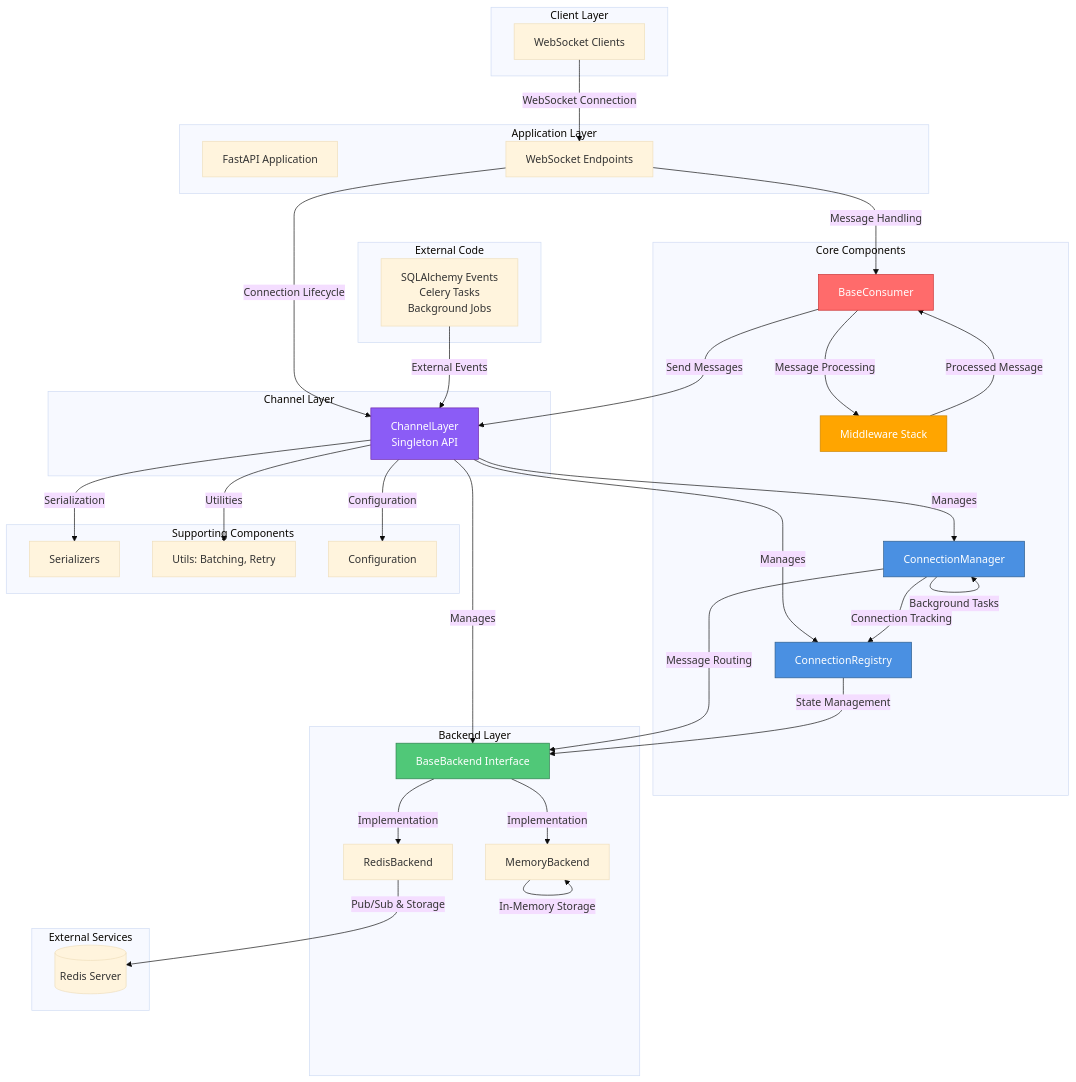
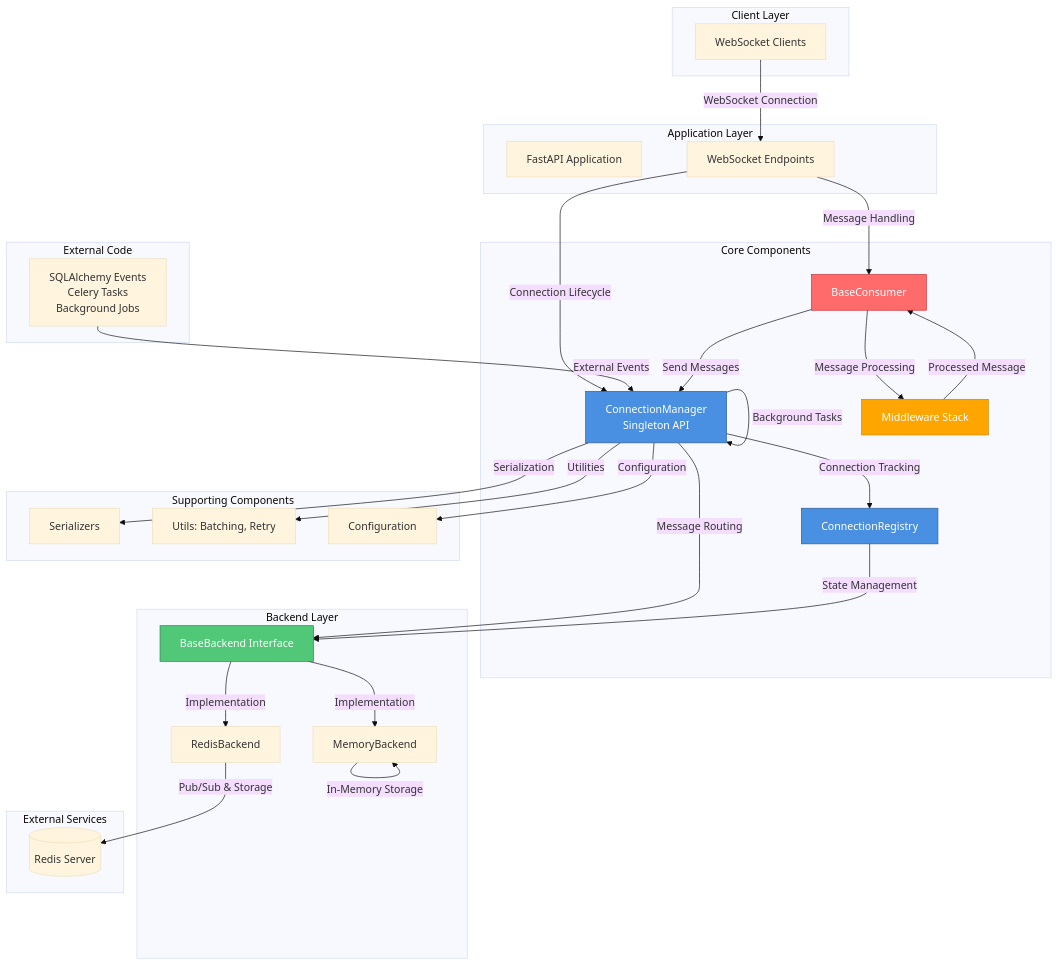
One commit to K-RED90/fastapi-channels changed the first of 3 diagrams in README.md. Above: the diagram before and after it, drawn with Mermaid (base theme). The commit also changed other lines of this file and 12 other files, not shown here.

First line of the commit message:
refactor: replace ChannelLayer with ConnectionManager and update related documentation

````diff
--- a/README.md
+++ b/README.md
@@ -22,77 +22,68 @@
 ```mermaid
 graph TB
     subgraph "Client Layer"
         WS[WebSocket Clients]
     end
 
     subgraph "Application Layer"
         APP[FastAPI Application]
         EP[WebSocket Endpoints]
     end
 
-    subgraph "Channel Layer"
-        CL[ChannelLayer<br/>Singleton API]
-    end
-
     subgraph "Core Components"
-        CM[ConnectionManager]
+        CM[ConnectionManager<br/>Singleton API]
         CR[ConnectionRegistry]
         CONSUMER[BaseConsumer]
         MW[Middleware Stack]
     end
 
     subgraph "Backend Layer"
         BB[BaseBackend Interface]
         MB[MemoryBackend]
         RB[RedisBackend]
     end
 
     subgraph "Supporting Components"
         SERIAL[Serializers]
         UTILS[Utils: Batching, Retry]
         CONFIG[Configuration]
     end
 
     subgraph "External Services"
         REDIS[(Redis Server)]
     end
 
     subgraph "External Code"
         EXT[SQLAlchemy Events<br/>Celery Tasks<br/>Background Jobs]
     end
 
     WS -->|WebSocket Connection| EP
-    EP -->|Connection Lifecycle| CL
+    EP -->|Connection Lifecycle| CM
     EP -->|Message Handling| CONSUMER
-    EXT -->|External Events| CL
-
-    CL -->|Manages| CM
-    CL -->|Manages| CR
-    CL -->|Manages| BB
+    EXT -->|External Events| CM
 
     CM -->|Connection Tracking| CR
     CM -->|Message Routing| BB
     CM -->|Background Tasks| CM
 
     CONSUMER -->|Message Processing| MW
     MW -->|Processed Message| CONSUMER
-    CONSUMER -->|Send Messages| CL
+    CONSUMER -->|Send Messages| CM
 
     CR -->|State Management| BB
     BB -->|Implementation| MB
     BB -->|Implementation| RB
 
     RB -->|Pub/Sub & Storage| REDIS
     MB -->|In-Memory Storage| MB
 
-    CL -->|Serialization| SERIAL
-    CL -->|Utilities| UTILS
-    CL -->|Configuration| CONFIG
+    CM -->|Serialization| SERIAL
+    CM -->|Utilities| UTILS
+    CM -->|Configuration| CONFIG
 
-    style CL fill:#8B5CF6,stroke:#6B21A8,color:#fff
     style CM fill:#4A90E2,stroke:#2E5C8A,color:#fff
     style CR fill:#4A90E2,stroke:#2E5C8A,color:#fff
     style BB fill:#50C878,stroke:#2E7D4E,color:#fff
     style CONSUMER fill:#FF6B6B,stroke:#C92A2A,color:#fff
     style MW fill:#FFA500,stroke:#CC8400,color:#fff
 ```
````
